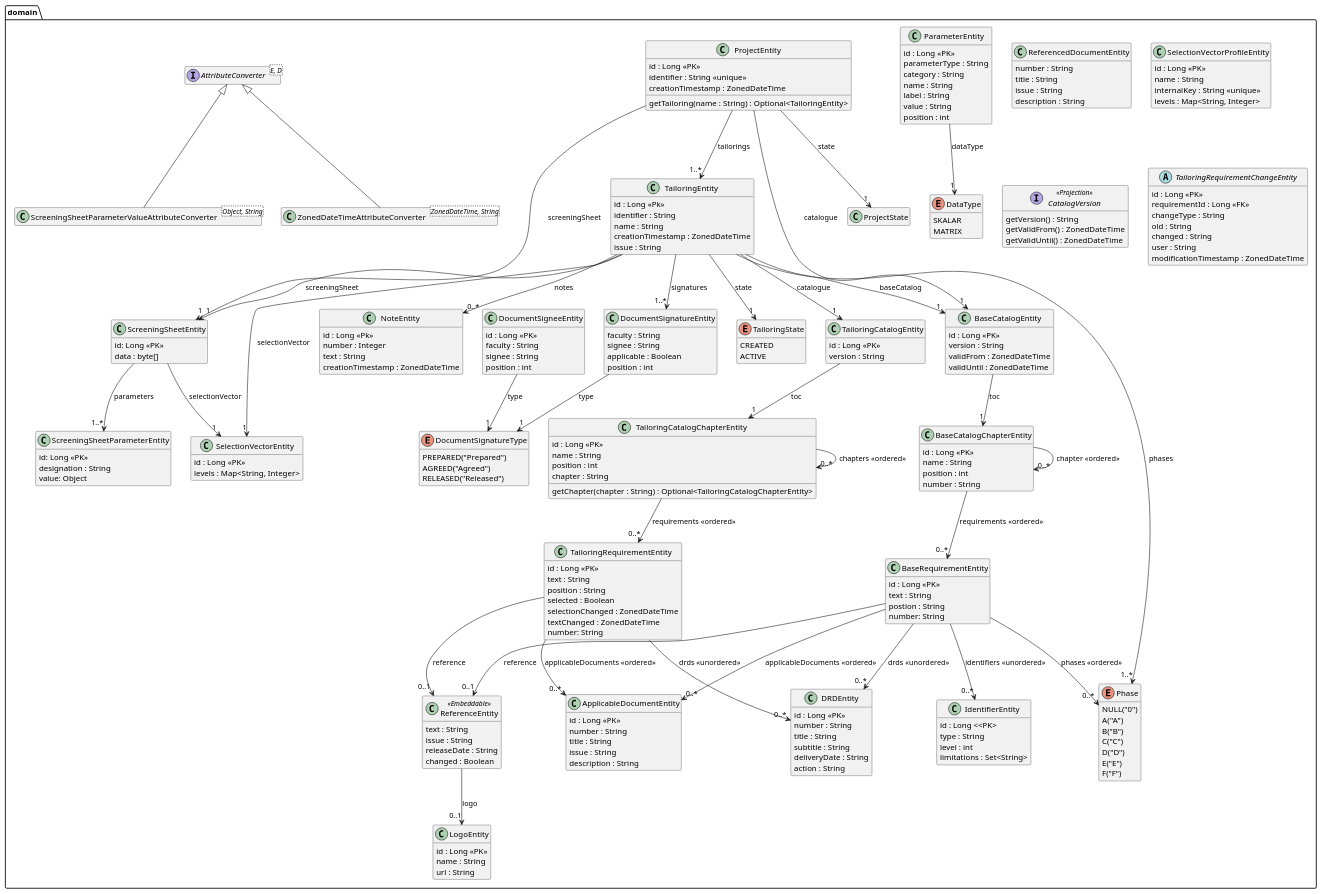
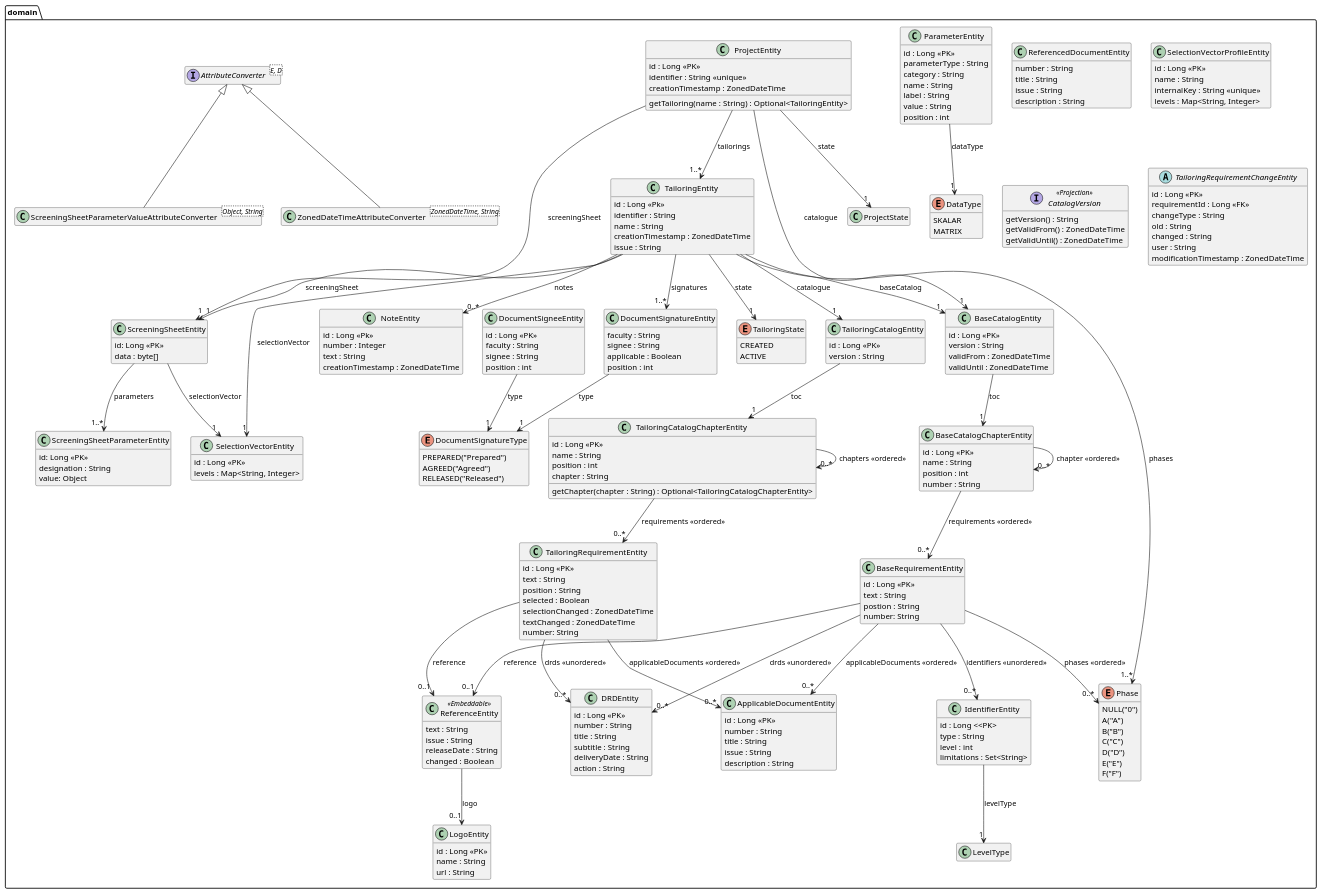
One commit to tailoringexpert/platform changed the diagram in src/site/arc42/plantuml/data-jpa/domain/Ebene3.plantuml. Above: the diagram before and after it, drawn with PlantUML. The commit also changed 18 other files, not shown here.

```diff
--- a/src/site/arc42/plantuml/data-jpa/domain/Ebene3.plantuml
+++ b/src/site/arc42/plantuml/data-jpa/domain/Ebene3.plantuml
@@ -65,6 +65,7 @@
         level : int
         limitations : Set<String>
     }
+    IdentifierEntity --> "1" LevelType : levelType
 
     class ApplicableDocumentEntity {
         id : Long <<PK>>
```
